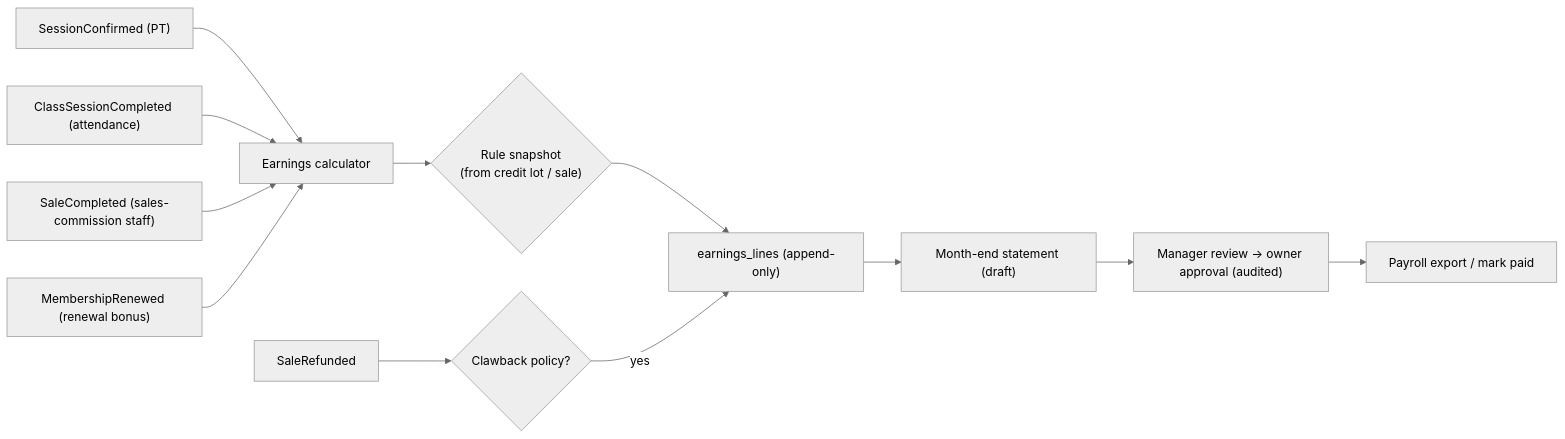
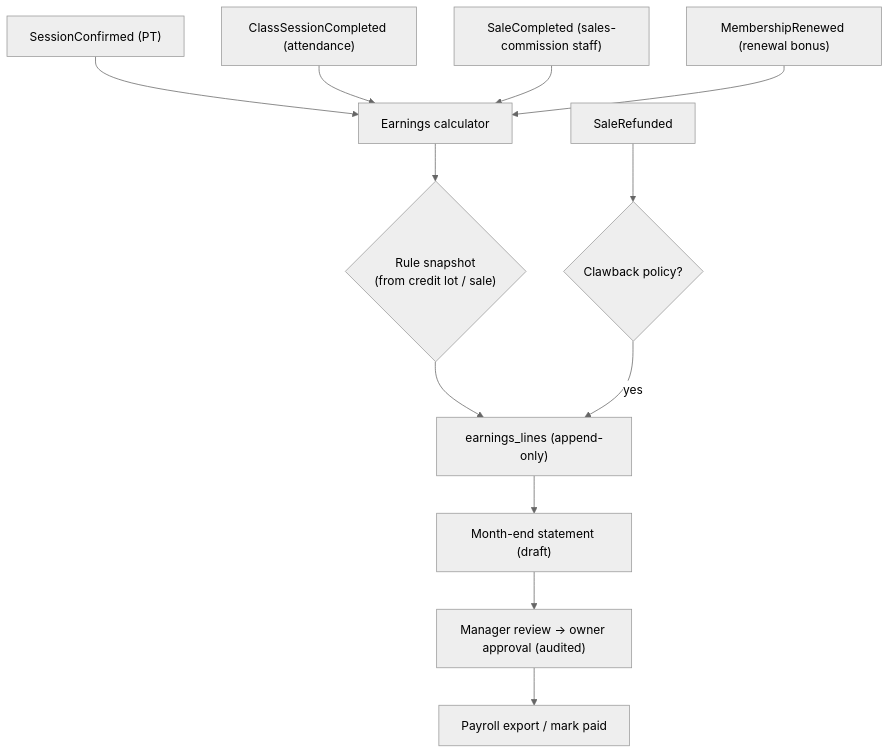
Diagram 19 of 23 in docs/fitness-platform/TECHNICAL_SYSTEM_ARCHITECTURE.md (abdo-shrief270/muhasebi-egypt), drawn with Mermaid (neutral theme) before and after one commit. The commit also changed other lines of this file and 7 other files, not shown here.

````diff
--- a/docs/fitness-platform/TECHNICAL_SYSTEM_ARCHITECTURE.md
+++ b/docs/fitness-platform/TECHNICAL_SYSTEM_ARCHITECTURE.md
@@ -2268,14 +2263,14 @@
 ```mermaid
-flowchart LR
+flowchart TB
     S1["SessionConfirmed (PT)"] --> E["Earnings calculator"]
     S2["ClassSessionCompleted (attendance)"] --> E
     S3["SaleCompleted (sales-commission staff)"] --> E
     S4["MembershipRenewed (renewal bonus)"] --> E
     E --> R{"Rule snapshot<br/>(from credit lot / sale)"}
     R --> L["earnings_lines (append-only)"]
     L --> ST["Month-end statement (draft)"]
     ST --> AP["Manager review → owner approval (audited)"]
     AP --> X["Payroll export / mark paid"]
     RF["SaleRefunded"] --> CL{"Clawback policy?"}
     CL -- "yes" --> L
 ```
````
